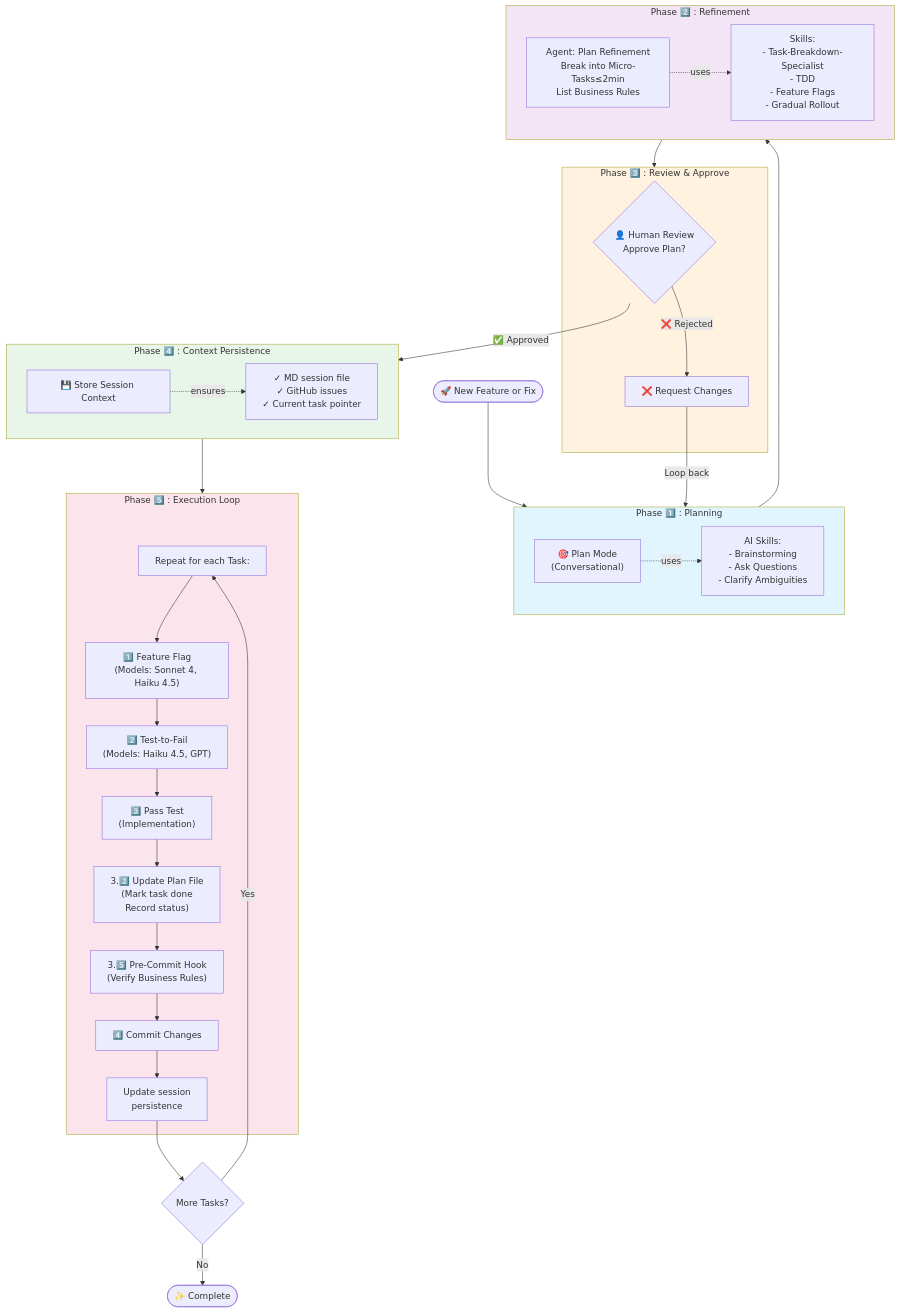
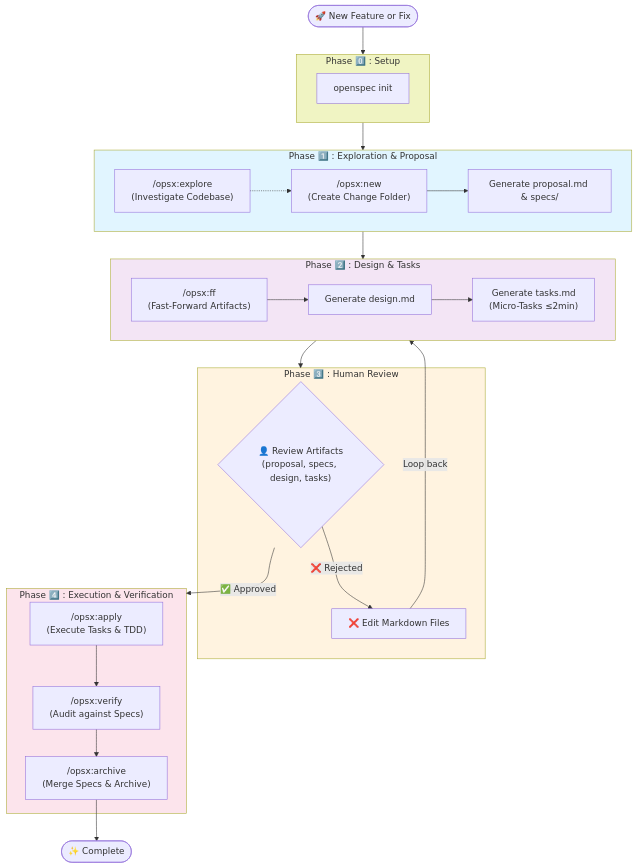
One commit to oscarBack/my-ai-dev-workflow changed the diagram in workflows/first-ai-workflow.md. Above: the diagram before and after it, drawn with Mermaid. The commit also changed other lines of this file, not shown here.

Commit message:
Refactor AI-Assisted Development Workflow to include OpenSpec integration, enhance phase descriptions, and clarify task commands for improved clarity and usability

````diff
--- a/workflows/first-ai-workflow.md
+++ b/workflows/first-ai-workflow.md
@@ -8,63 +8,53 @@
 ```mermaid
 flowchart TD
     Start([🚀 New Feature or Fix]) 
     
-    subgraph Planning["Phase 1️⃣ : Planning"]
-        PlanMode["🎯 Plan Mode<br/>(Conversational)"]
-        PlanTools["AI Skills:<br/>- Brainstorming<br/>- Ask Questions<br/>- Clarify Ambiguities"]
-        PlanMode -.->|uses| PlanTools
+    subgraph Setup["Phase 0️⃣ : Setup"]
+        Init["openspec init"]
     end
     
-    subgraph Refinement["Phase 2️⃣ : Refinement"]
-        AgentRefine["Agent: Plan Refinement<br/>Break into Micro-Tasks≤2min<br/>List Business Rules"]
-        RefineSkills["Skills:<br/>- Task-Breakdown-Specialist<br/>- TDD<br/>- Feature Flags<br/>- Gradual Rollout"]
-        AgentRefine -.->|uses| RefineSkills
+    subgraph Planning["Phase 1️⃣ : Exploration & Proposal"]
+        Explore["/opsx:explore<br/>(Investigate Codebase)"]
+        NewChange["/opsx:new <feature><br/>(Create Change Folder)"]
+        Proposal["Generate proposal.md & specs/"]
+        Explore -.-> NewChange
+        NewChange --> Proposal
     end
     
-    subgraph Review["Phase 3️⃣ : Review & Approve"]
-        HumanReview{"👤 Human Review<br/>Approve Plan?"}
-        Feedback["❌ Request Changes"]
+    subgraph Refinement["Phase 2️⃣ : Design & Tasks"]
+        FastForward["/opsx:ff<br/>(Fast-Forward Artifacts)"]
+        Design["Generate design.md"]
+        Tasks["Generate tasks.md<br/>(Micro-Tasks ≤2min)"]
+        FastForward --> Design
+        Design --> Tasks
     end
     
-    subgraph Persistence["Phase 4️⃣ : Context Persistence"]
-        Persist["💾 Store Session Context"]
-        EnsureItems["✓ MD session file<br/>✓ GitHub issues<br/>✓ Current task pointer"]
-        Persist -.->|ensures| EnsureItems
+    subgraph Review["Phase 3️⃣ : Human Review"]
+        HumanReview{"👤 Review Artifacts<br/>(proposal, specs, design, tasks)"}
+        Feedback["❌ Edit Markdown Files"]
     end
     
-    subgraph Execution["Phase 5️⃣ : Execution Loop"]
-        TaskLoop["Repeat for each Task:"]
-        FeatureFlag["1️⃣ Feature Flag<br/>(Models: Sonnet 4, Haiku 4.5)"]
-        TestFail["2️⃣ Test-to-Fail<br/>(Models: Haiku 4.5, GPT)"]
-        PassTest["3️⃣ Pass Test<br/>(Implementation)"]
-        UpdatePlan["3.2️⃣ Update Plan File<br/>(Mark task done<br/>Record status)"]
-        PreCommit["3.5️⃣ Pre-Commit Hook<br/>(Verify Business Rules)"]
-        Commit["4️⃣ Commit Changes"]
-        CommitUpdate["Update session<br/>persistence"]
+    subgraph Execution["Phase 4️⃣ : Execution & Verification"]
+        Apply["/opsx:apply<br/>(Execute Tasks & TDD)"]
+        Verify["/opsx:verify<br/>(Audit against Specs)"]
+        Archive["/opsx:archive<br/>(Merge Specs & Archive)"]
         
-        TaskLoop --> FeatureFlag
-        FeatureFlag --> TestFail
-        TestFail --> PassTest
-        PassTest --> UpdatePlan
-        UpdatePlan --> PreCommit
-        PreCommit --> Commit
-        Commit --> CommitUpdate
+        Apply --> Verify
+        Verify --> Archive
     end
     
-    Start --> Planning
+    Start --> Setup
+    Setup --> Planning
     Planning --> Refinement
     Refinement --> Review
-    HumanReview -->|✅ Approved| Persistence
+    HumanReview -->|✅ Approved| Execution
     HumanReview -->|❌ Rejected| Feedback
-    Feedback -->|Loop back| Planning
-    Persistence --> Execution
-    CommitUpdate --> MoreTasks{More Tasks?}
-    MoreTasks -->|Yes| TaskLoop
-    MoreTasks -->|No| Complete([✨ Complete])
+    Feedback -->|Loop back| Refinement
+    Archive --> Complete([✨ Complete])
     
+    style Setup fill:#f0f4c3
     style Planning fill:#e1f5ff
     style Refinement fill:#f3e5f5
     style Review fill:#fff3e0
-    style Persistence fill:#e8f5e9
     style Execution fill:#fce4ec
 ```
````
